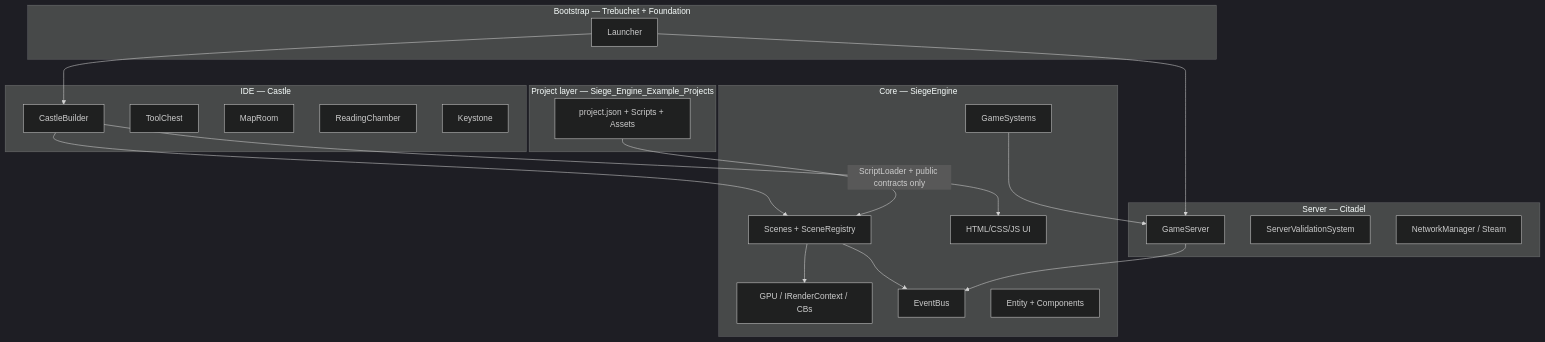
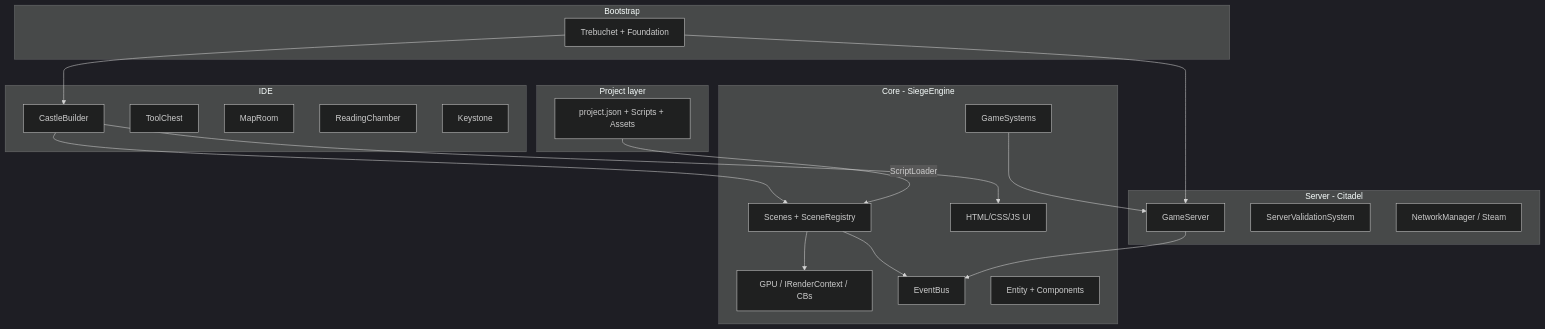
One commit to ireakhavok/Castle changed the first of 8 diagrams in docs/ARCHITECTURE.md. Above: the diagram before and after it, drawn with Mermaid. The commit also changed other lines of this file and 6 other files, not shown here.

````diff
--- a/docs/ARCHITECTURE.md
+++ b/docs/ARCHITECTURE.md
@@ -5,39 +5,39 @@
 ```mermaid
 %%{init: {'theme':'dark'}}%%
 flowchart TB
-  subgraph Projects["Project layer — Siege_Engine_Example_Projects"]
+  subgraph Projects["Project layer"]
     PJ["project.json + Scripts + Assets"]
   end
-  subgraph IDE["IDE — Castle"]
+  subgraph IDE["IDE"]
     CB[CastleBuilder]
     TC[ToolChest]
     MR[MapRoom]
     RC[ReadingChamber]
     KS[Keystone]
   end
-  subgraph Core["Core — SiegeEngine"]
+  subgraph Core["Core - SiegeEngine"]
     GPU["GPU / IRenderContext / CBs"]
     EB[EventBus]
     ENT[Entity + Components]
     SYS[GameSystems]
     SCN[Scenes + SceneRegistry]
     UI[HTML/CSS/JS UI]
   end
-  subgraph Server["Server — Citadel"]
+  subgraph Server["Server - Citadel"]
     GS[GameServer]
     VAL[ServerValidationSystem]
     NET[NetworkManager / Steam]
   end
-  subgraph Boot["Bootstrap — Trebuchet + Foundation"]
-    L[Launcher]
+  subgraph Boot["Bootstrap"]
+    L[Trebuchet + Foundation]
   end
   L --> CB
   L --> GS
   CB --> SCN
   CB --> UI
-  PJ -->|"ScriptLoader + public contracts only"| SCN
+  PJ -->|ScriptLoader| SCN
   SCN --> GPU
   SCN --> EB
   GS --> EB
   SYS --> GS
 ```
````
